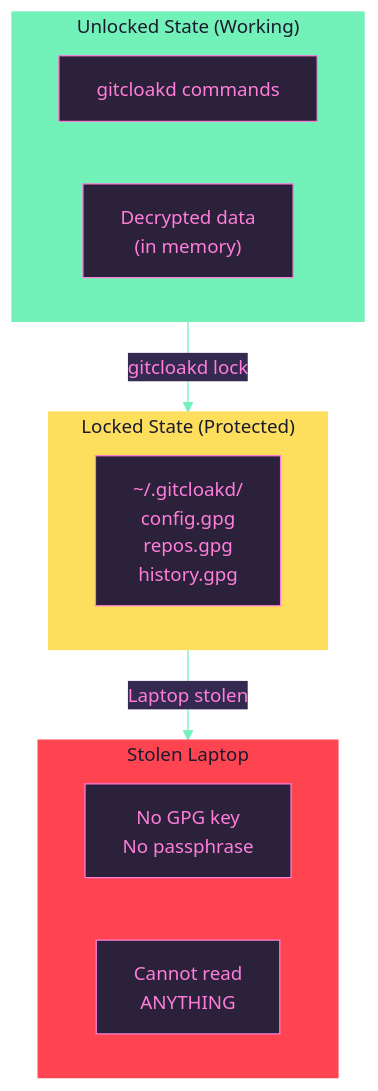
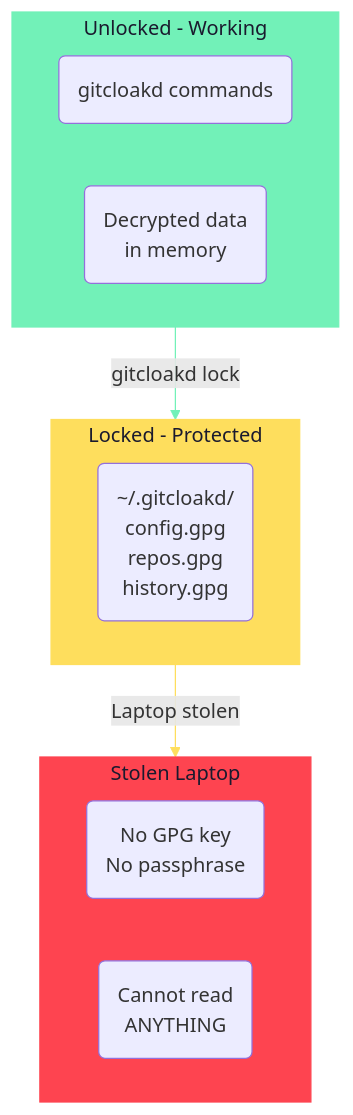
One commit to haKC-ai/gitcloakd changed the fifth of 6 diagrams in README.md. Above: the diagram before and after it, drawn with Mermaid. The commit also changed other lines of this file, not shown here.

````diff
--- a/README.md
+++ b/README.md
@@ -323,27 +377,29 @@
 ```mermaid
-%%{init: {'theme': 'base', 'themeVariables': { 'fontFamily': 'Lato', 'fontSize': '15px', 'primaryColor': '#2b213a', 'primaryTextColor': '#ff7edb', 'primaryBorderColor': '#ff7edb', 'lineColor': '#72f1b8', 'secondaryColor': '#34294f', 'tertiaryColor': '#1a1a2e' }}}%%
 flowchart TB
-    subgraph Unlocked["Unlocked State (Working)"]
+    subgraph Unlocked["Unlocked - Working"]
         direction LR
-        U_CMDS["gitcloakd commands"]
-        U_DATA["Decrypted data<br/>(in memory)"]
+        U_CMDS("gitcloakd commands")
+        U_DATA("Decrypted data<br/>in memory")
     end
 
-    subgraph Locked["Locked State (Protected)"]
+    subgraph Locked["Locked - Protected"]
         direction LR
-        L_GPG["~/.gitcloakd/<br/>config.gpg<br/>repos.gpg<br/>history.gpg"]
+        L_GPG("~/.gitcloakd/<br/>config.gpg<br/>repos.gpg<br/>history.gpg")
     end
 
     subgraph Thief["Stolen Laptop"]
         direction LR
-        T_ACCESS["No GPG key<br/>No passphrase"]
-        T_RESULT["Cannot read<br/>ANYTHING"]
+        T_ACCESS("No GPG key<br/>No passphrase")
+        T_RESULT("Cannot read<br/>ANYTHING")
     end
 
     Unlocked -->|"gitcloakd lock"| Locked
     Locked -->|"Laptop stolen"| Thief
 
     style Unlocked fill:#72f1b8,stroke:#72f1b8,color:#1a1a2e
     style Locked fill:#fede5d,stroke:#fede5d,color:#1a1a2e
     style Thief fill:#fe4450,stroke:#fe4450,color:#1a1a2e
+
+    linkStyle 0 stroke:#72f1b8
+    linkStyle 1 stroke:#fede5d
 ```
````
